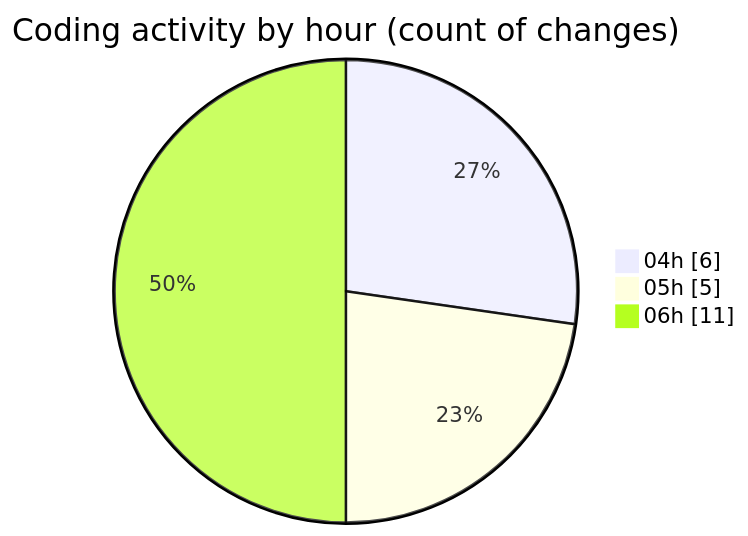
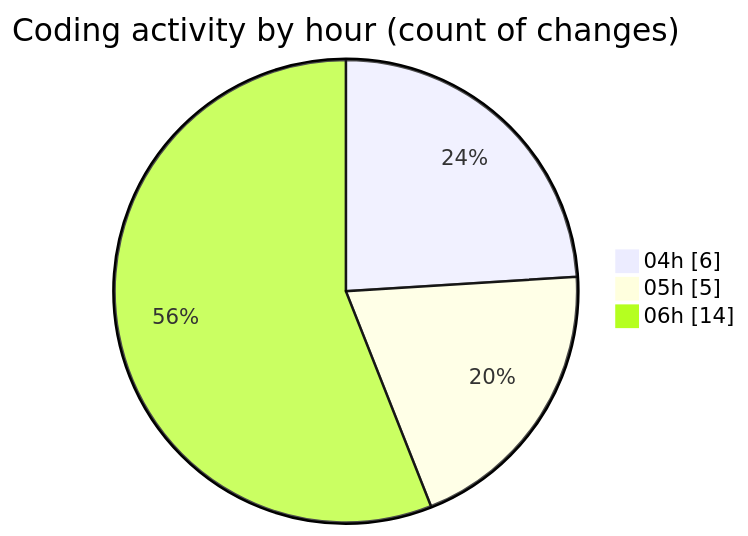
One commit to vahidmafi/code-tracking changed the second of 2 diagrams in 2025-03-23/zeytoon/README.md. Above: the diagram before and after it, drawn with Mermaid. The commit also changed other lines of this file and 1 other file, not shown here.

````diff
--- a/2025-03-23/zeytoon/README.md
+++ b/2025-03-23/zeytoon/README.md
@@ -35,7 +36,7 @@
 ```mermaid
 pie showData
 title Coding activity by hour (count of changes)
 "04h" : 6
 "05h" : 5
-"06h" : 11
+"06h" : 14
 ```
````
